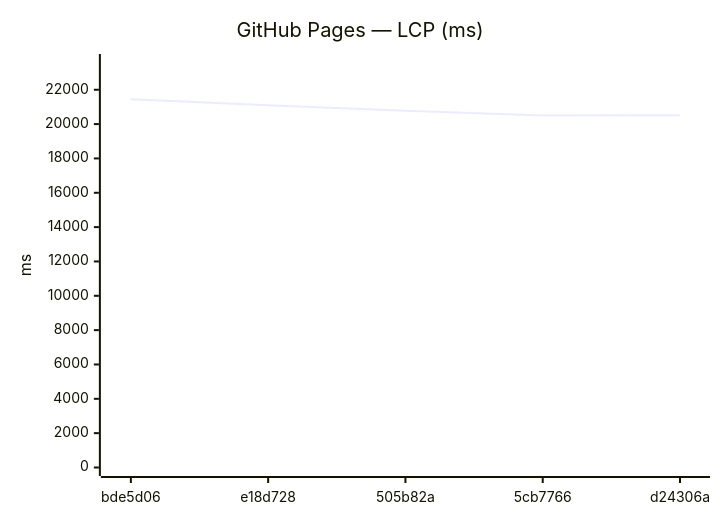
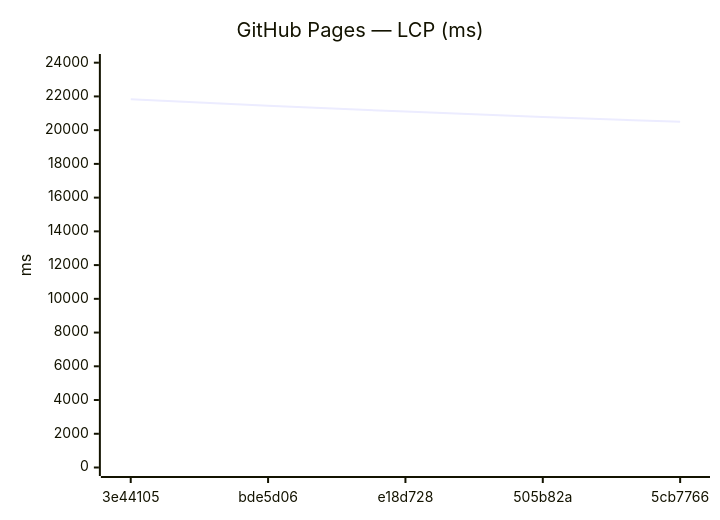
Before and after one commit to Metaheurist/Rianell: the ninth of 18 diagrams in benchmarks/compare.md, drawn with Mermaid. The commit also changed other lines of this file and 11 other files, not shown here.

````diff
--- a/benchmarks/compare.md
+++ b/benchmarks/compare.md
@@ -142,7 +142,7 @@
 ```mermaid
 xychart-beta
     title "GitHub Pages — LCP (ms)"
-    x-axis ["bde5d06", "e18d728", "505b82a", "5cb7766", "d24306a"]
-    y-axis "ms" 0 --> 23587
-    line [21442, 21100, 20773, 20501, 20513]
+    x-axis ["3e44105", "bde5d06", "e18d728", "505b82a", "5cb7766"]
+    y-axis "ms" 0 --> 24011
+    line [21828, 21442, 21100, 20773, 20501]
 ```
````
